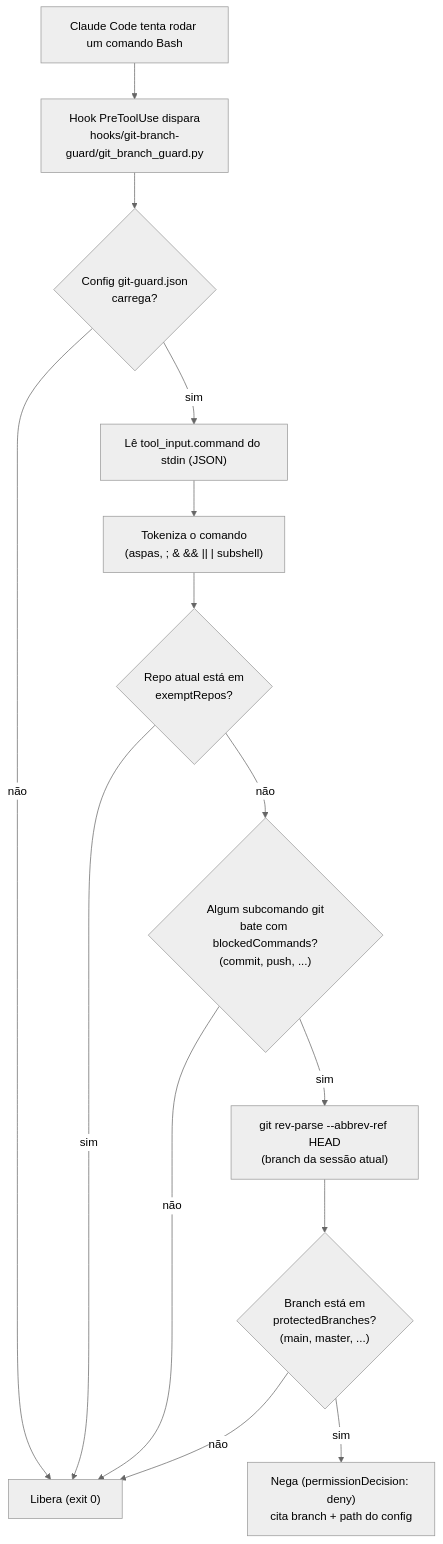
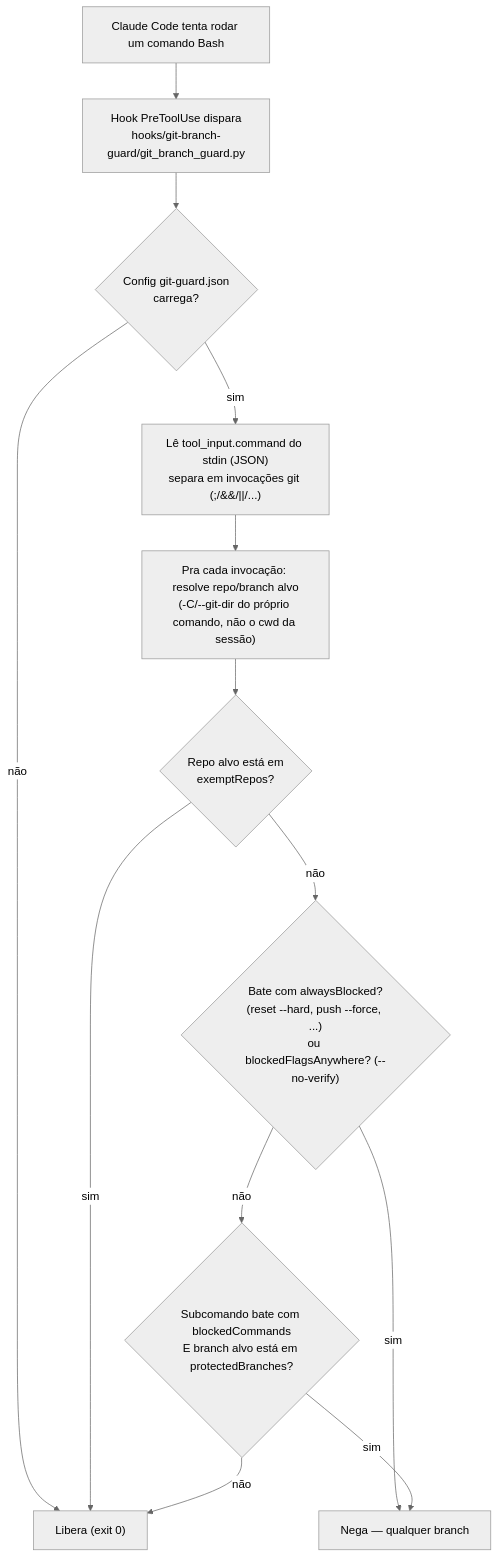
One commit to gabrielpaschoal-eng/IA-ENGINEERING changed the diagram in README.md. Above: the diagram before and after it, drawn with Mermaid (neutral theme). The commit also changed other lines of this file and 5 other files, not shown here.

````diff
--- a/README.md
+++ b/README.md
@@ -26,16 +26,15 @@
 ```mermaid
 flowchart TD
     A["Claude Code tenta rodar um comando Bash"] --> B["Hook PreToolUse dispara<br/>hooks/git-branch-guard/git_branch_guard.py"]
     B --> C{"Config git-guard.json<br/>carrega?"}
     C -- não --> Z["Libera (exit 0)"]
-    C -- sim --> D["Lê tool_input.command do stdin (JSON)"]
-    D --> E["Tokeniza o comando<br/>(aspas, ; & && || | subshell)"]
-    E --> F{"Repo atual está em<br/>exemptRepos?"}
+    C -- sim --> D["Lê tool_input.command do stdin (JSON)<br/>separa em invocações git (;/&&/||/...)"]
+    D --> E["Pra cada invocação: resolve repo/branch alvo<br/>(-C/--git-dir do próprio comando, não o cwd da sessão)"]
+    E --> F{"Repo alvo está em<br/>exemptRepos?"}
     F -- sim --> Z
-    F -- não --> G{"Algum subcomando git<br/>bate com blockedCommands?<br/>(commit, push, ...)"}
-    G -- não --> Z
-    G -- sim --> H["git rev-parse --abbrev-ref HEAD<br/>(branch da sessão atual)"]
-    H --> I{"Branch está em<br/>protectedBranches?<br/>(main, master, ...)"}
-    I -- não --> Z
-    I -- sim --> J["Nega (permissionDecision: deny)<br/>cita branch + path do config"]
+    F -- não --> G{"Bate com alwaysBlocked?<br/>(reset --hard, push --force, ...)<br/>ou blockedFlagsAnywhere? (--no-verify)"}
+    G -- sim --> J["Nega — qualquer branch"]
+    G -- não --> H{"Subcomando bate com blockedCommands<br/>E branch alvo está em protectedBranches?"}
+    H -- não --> Z
+    H -- sim --> J
 ```
````
